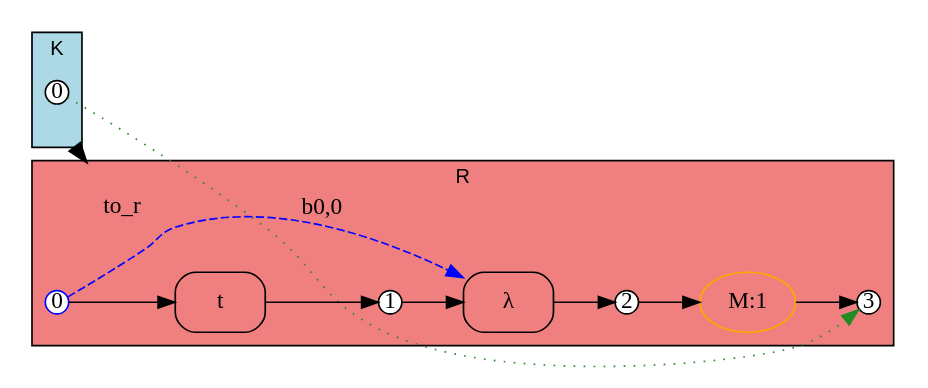
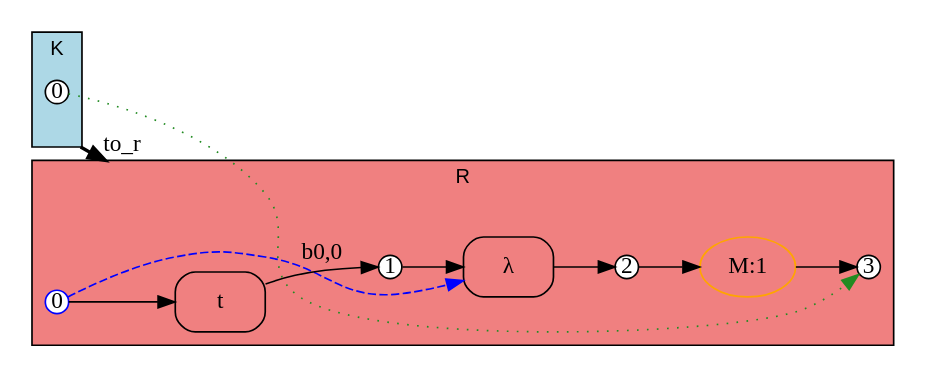
Before and after one commit to ammatsui/bhypvis: the diagram in crates/bhyp/images/test_example_beta_rule_instance_v_to_lambda_x_tx/instantiated_rule_span_to_r.dot, drawn with Graphviz. The commit also changed other lines of this file and 876 other files, not shown here.

```diff
--- a/crates/bhyp/images/test_example_beta_rule_instance_v_to_lambda_x_tx/instantiated_rule_span_to_r.dot
+++ b/crates/bhyp/images/test_example_beta_rule_instance_v_to_lambda_x_tx/instantiated_rule_span_to_r.dot
@@ -1,48 +1,48 @@
 digraph Morphism {
   fontname="Helvetica"
   fontsize=12
   rankdir=LR;
   compound=true;
   newrank=true;
 
   subgraph cluster_domain {
     label="K";
     style=filled;
     fillcolor="lightblue";
     fontname="Helvetica";
     fontsize=12;
 
     dom_n0 [label="0", shape=circle, style=filled, fillcolor=white, color="black", width=0.2, height=0.2, fixedsize=true];
     dom_anchor [shape=point, width=0, height=0, style=invis];
   }
 
   subgraph cluster_codomain {
     label="R";
     style=filled;
     fillcolor="lightcoral";
     fontname="Helvetica";
     fontsize=12;
 
     cod_n2 [label="2", shape=circle, style=filled, fillcolor=white, color="black", width=0.2, height=0.2, fixedsize=true];
     cod_n0 [label="0", shape=circle, style=filled, fillcolor=white, color="blue", width=0.2, height=0.2, fixedsize=true];
+    cod_n3 [label="3", shape=circle, style=filled, fillcolor=white, color="black", width=0.2, height=0.2, fixedsize=true];
     cod_n1 [label="1", shape=circle, style=filled, fillcolor=white, color="black", width=0.2, height=0.2, fixedsize=true];
-    cod_n3 [label="3", shape=circle, style=filled, fillcolor=white, color="black", width=0.2, height=0.2, fixedsize=true];
+    cod_e1 [label="λ", shape=box, style=rounded, color="black"];
     cod_e0 [label="t", shape=box, style=rounded, color="black"];
     cod_e2 [label="M:1", shape=ellipse, style=rounded, color="orange"];
-    cod_e1 [label="λ", shape=box, style=rounded, color="black"];
+    cod_n1 -> cod_e1 [label=""];
+    cod_n0 -> cod_e1 [style=dashed, color="blue", constraint=false, label="b0,0"];
+    cod_e1 -> cod_n2 [label=""];
     cod_n0 -> cod_e0 [label=""];
     cod_e0 -> cod_n1 [label=""];
     cod_n2 -> cod_e2 [label=""];
     cod_e2 -> cod_n3 [label=""];
-    cod_n1 -> cod_e1 [label=""];
-    cod_n0 -> cod_e1 [style=dashed, color="blue", constraint=false, label="b0,0"];
-    cod_e1 -> cod_n2 [label=""];
     cod_anchor [shape=point, width=0, height=0, style=invis];
   }
 
   // Morphism mappings
   dom_n0 -> cod_n3 [style=dotted, color=forestgreen, constraint=false];
 
   // Cluster-level morphism arrow
   dom_anchor -> cod_anchor [lhead=cluster_codomain, ltail=cluster_domain, style=bold, color=black, label="to_r", penwidth=2];
 }
```
